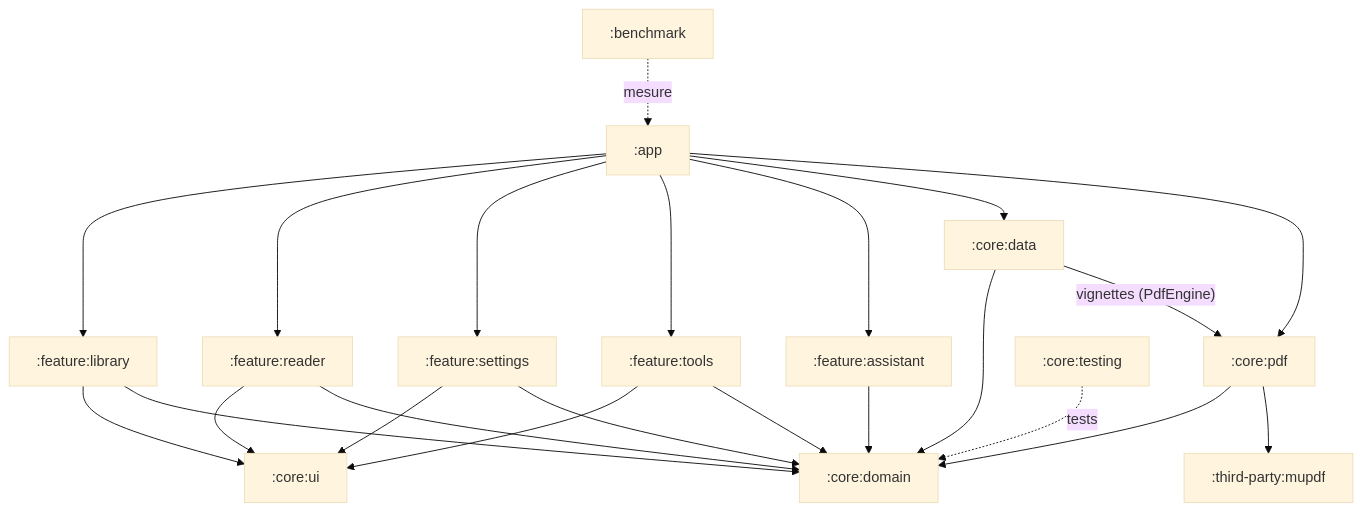
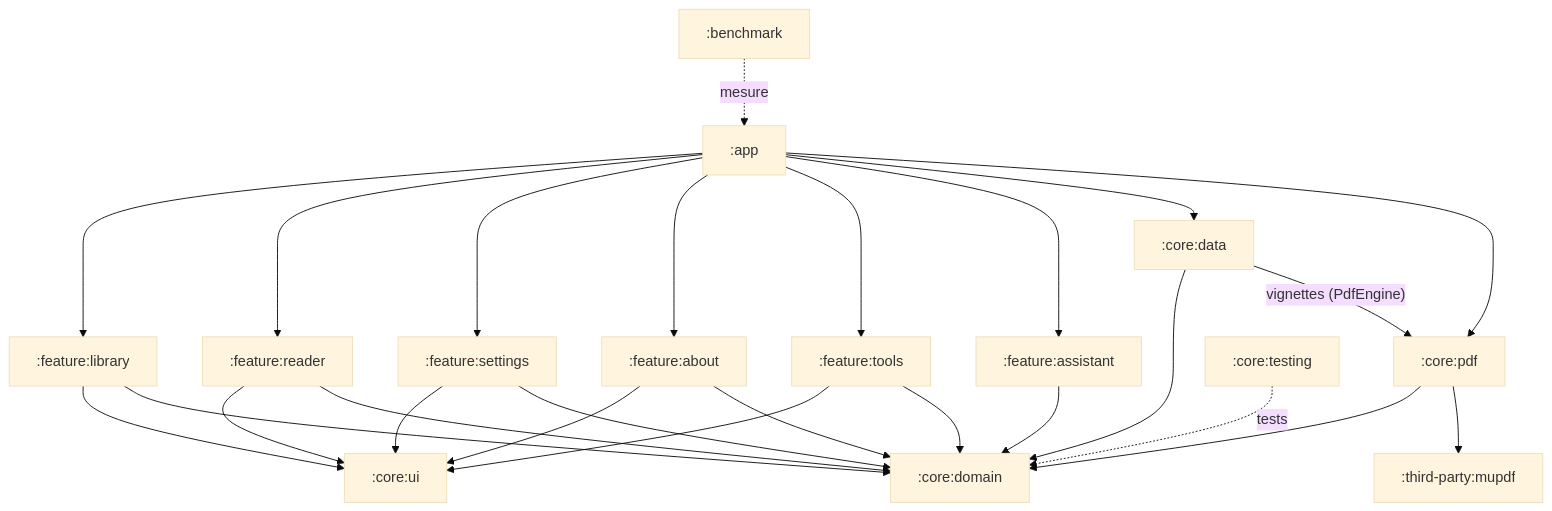
The first of 8 diagrams in docs/architecture.md (myxomatom/LutrinPDF), drawn with Mermaid (base theme) before and after one commit. The commit also changed other lines of this file and 12 other files, not shown here.

````diff
--- a/docs/architecture.md
+++ b/docs/architecture.md
@@ -36,21 +37,22 @@
 ```mermaid
 flowchart TD
     app[":app"] --> fl[":feature:library"]
     app --> fr[":feature:reader"]
     app --> fs[":feature:settings"]
+    app --> fb[":feature:about"]
     app --> ft[":feature:tools"]
     app --> fa[":feature:assistant"]
     app --> data[":core:data"]
     app --> pdf[":core:pdf"]
 
-    fl & fr & fs & ft --> ui[":core:ui"]
-    fl & fr & fs & ft & fa --> domain[":core:domain"]
+    fl & fr & fs & fb & ft --> ui[":core:ui"]
+    fl & fr & fs & fb & ft & fa --> domain[":core:domain"]
 
     data --> domain
     data -->|"vignettes (PdfEngine)"| pdf
     pdf --> domain
     pdf --> mupdf[":third-party:mupdf"]
 
     testing[":core:testing"] -.tests.-> domain
     bench[":benchmark"] -.mesure.-> app
 ```
````
